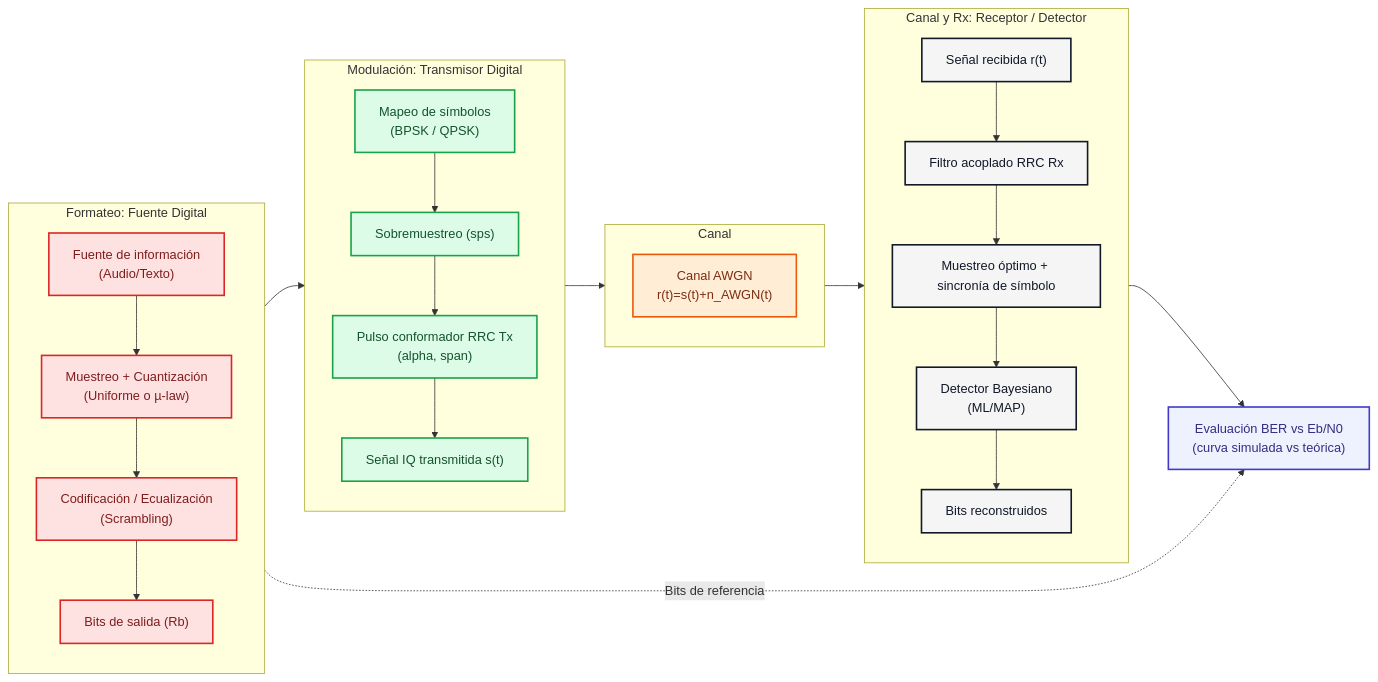
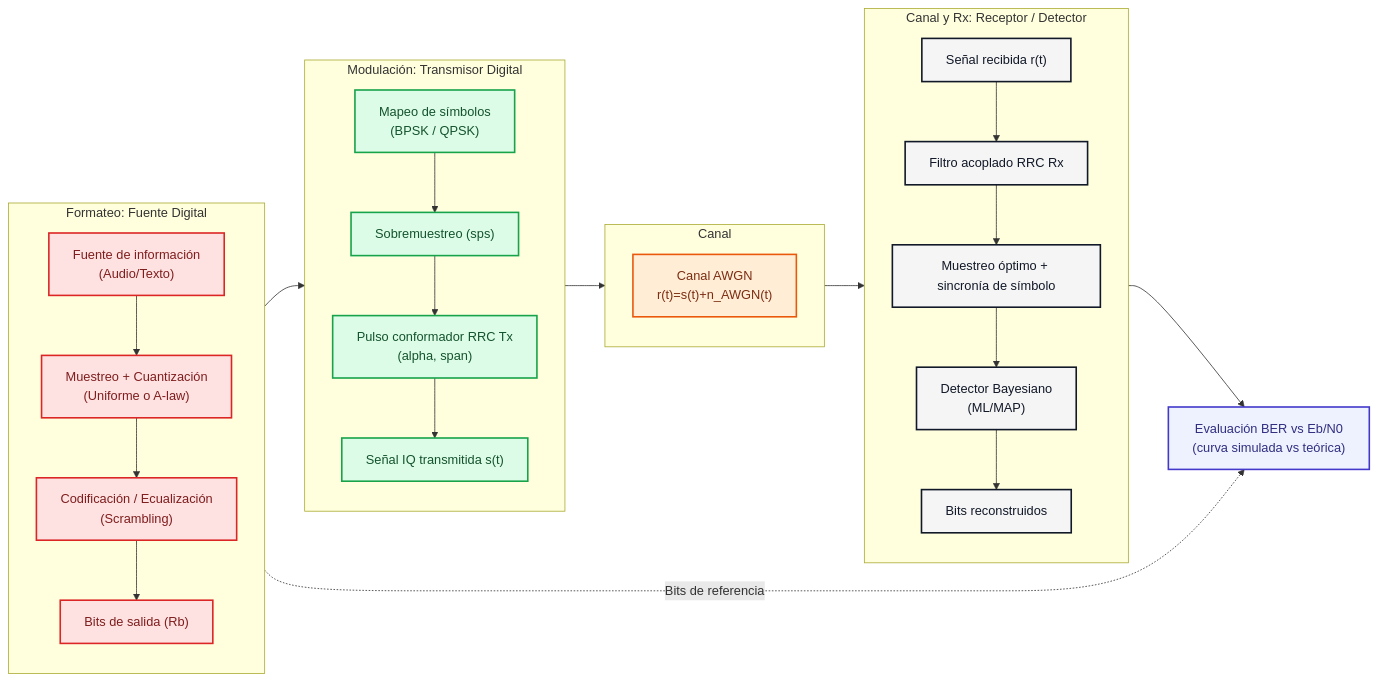
One commit to ecoranti/CDA changed the first of 2 diagrams in README.md. Above: the diagram before and after it, drawn with Mermaid. The commit also changed other lines of this file and 22 other files, not shown here.

````diff
--- a/README.md
+++ b/README.md
@@ -133,48 +133,48 @@
 ```mermaid
 flowchart LR
     classDef l1 fill:#fee2e2,stroke:#dc2626,stroke-width:2px,color:#7f1d1d
     classDef l2 fill:#dcfce7,stroke:#16a34a,stroke-width:2px,color:#14532d
     classDef ch fill:#ffedd5,stroke:#ea580c,stroke-width:2px,color:#7c2d12
     classDef l3 fill:#f5f5f5,stroke:#111827,stroke-width:2px,color:#111827
     classDef eval fill:#eef2ff,stroke:#4338ca,stroke-width:2px,color:#312e81
 
     subgraph L1["Formateo: Fuente Digital"]
         direction TB
-        S1["Fuente de información<br/>(Audio/Texto)"] --> S2["Muestreo + Cuantización<br/>(Uniforme o µ-law)"]
+        S1["Fuente de información<br/>(Audio/Texto)"] --> S2["Muestreo + Cuantización<br/>(Uniforme o A-law)"]
         S2 --> S3["Codificación / Ecualización<br/>(Scrambling)"]
         S3 --> S4["Bits de salida (Rb)"]
     end
 
     subgraph L2["Modulación: Transmisor Digital"]
         direction TB
         T1["Mapeo de símbolos<br/>(BPSK / QPSK)"] --> T2["Sobremuestreo (sps)"]
         T2 --> T3["Pulso conformador RRC Tx<br/>(alpha, span)"]
         T3 --> T4["Señal IQ transmitida s(t)"]
     end
 
     subgraph CH["Canal"]
         direction TB
         C1["Canal AWGN<br/>r(t)=s(t)+n_AWGN(t)"]
     end
 
     subgraph L3["Canal y Rx: Receptor / Detector"]
         direction TB
         C2["Señal recibida r(t)"] --> R1["Filtro acoplado RRC Rx"]
         R1 --> R2["Muestreo óptimo + sincronía de símbolo"]
         R2 --> R3["Detector Bayesiano<br/>(ML/MAP)"]
         R3 --> R4["Bits reconstruidos"]
     end
 
     E1["Evaluación BER vs Eb/N0<br/>(curva simulada vs teórica)"]:::eval
 
     S4 --> T1
     T4 --> C1
     C1 --> C2
     R4 --> E1
     S4 -. "Bits de referencia" .-> E1
 
     class S1,S2,S3,S4 l1
     class T1,T2,T3,T4 l2
     class C1 ch
     class C2,R1,R2,R3,R4 l3
 ```
````
